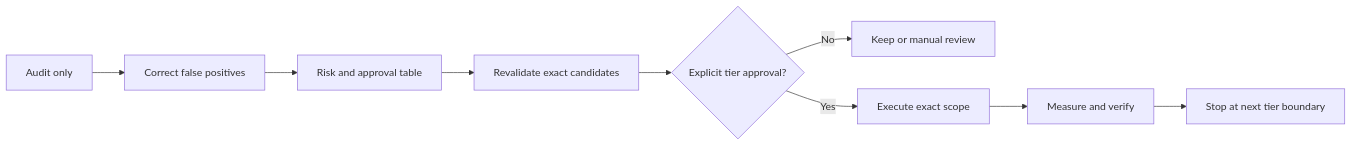
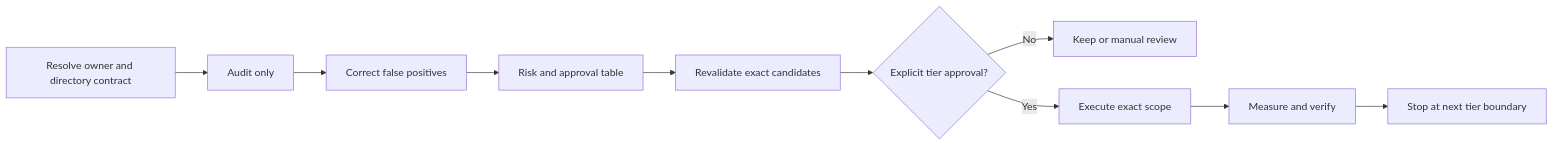
The diagram in docs/WORKFLOW.md (pzg8794/mac-cleanup-safety-log), drawn with Mermaid before and after one commit. The commit also changed other lines of this file and 12 other files, not shown here.

````diff
--- a/docs/WORKFLOW.md
+++ b/docs/WORKFLOW.md
@@ -5,11 +5,12 @@
 ```mermaid
 flowchart LR
-    A["Audit only"] --> B["Correct false positives"]
+    Z["Resolve owner and directory contract"] --> A["Audit only"]
+    A --> B["Correct false positives"]
     B --> C["Risk and approval table"]
     C --> D["Revalidate exact candidates"]
     D --> E{"Explicit tier approval?"}
     E -- "No" --> F["Keep or manual review"]
     E -- "Yes" --> G["Execute exact scope"]
     G --> H["Measure and verify"]
     H --> I["Stop at next tier boundary"]
 ```
````
